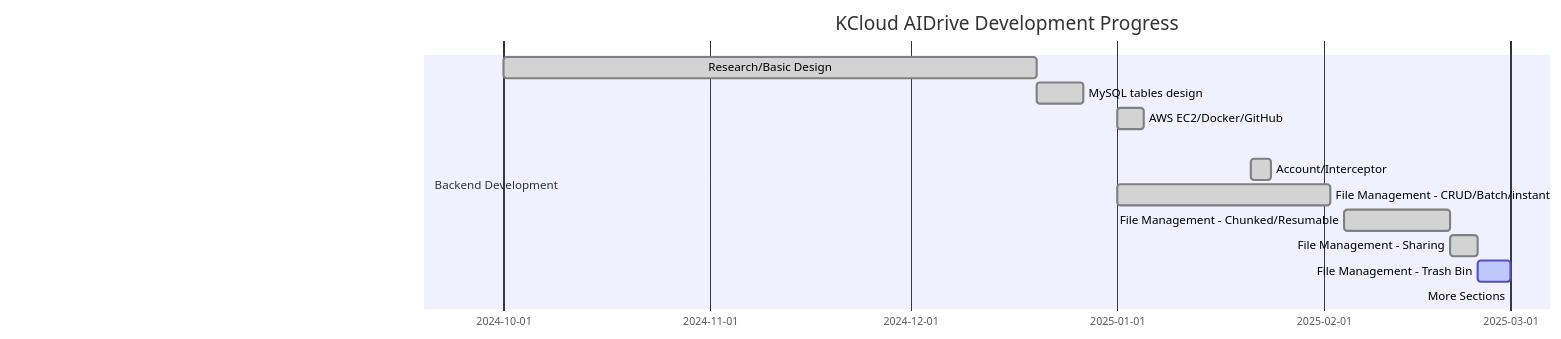
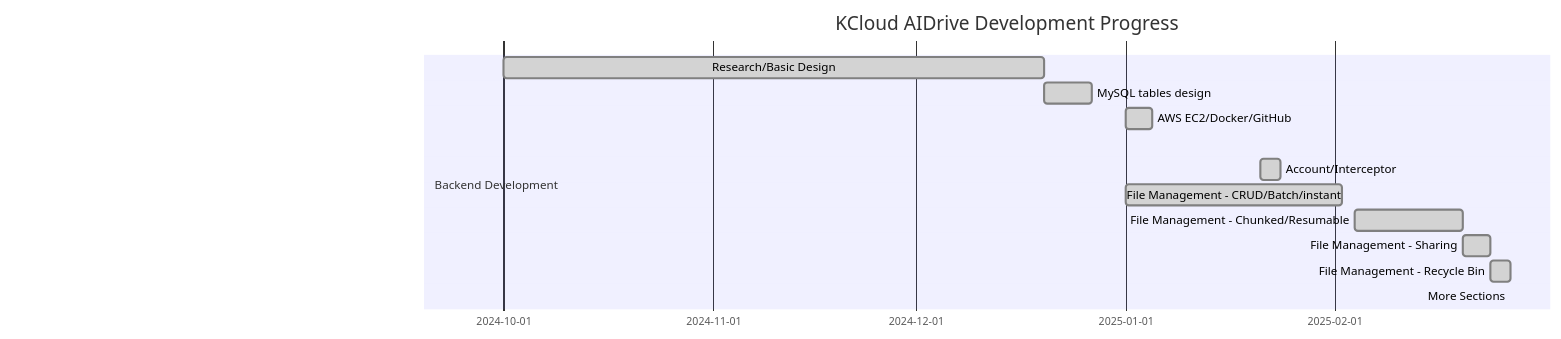
Before and after one commit to kaikang-sde/kcloud_aidrive: the first of 2 diagrams in README.md, drawn with Mermaid. The commit also changed 14 other files, not shown here.

Commit message:
recycle-bin

````diff
--- a/README.md
+++ b/README.md
@@ -27,21 +27,21 @@
 ```mermaid
 gantt
     title KCloud AIDrive Development Progress
     dateFormat  YYYY-MM-DD
     section Backend Development
       Research/Basic Design                 :done, design, 2024-10-01, 2024-12-20
       MySQL tables design                   :done, db, 2024-12-20, 2024-12-27
       AWS EC2/Docker/GitHub                 :done, setup, 2025-01-01, 2025-01-05
       Common Utils/Swagger/MinIO/S3         :done, utils, 2025-01-12, 2024-01-20
       Account/Interceptor                   :done, account, 2025-01-21, 2025-01-24
       File Management - CRUD/Batch/instant  :done, basic, 2025-01-01, 2025-02-02
       File Management - Chunked/Resumable   :done, chunked, 2025-02-04, 2025-02-20
       File Management - Sharing             :done, sharing, 2025-02-20, 2025-02-24
-      File Management - Trash Bin           :active, trash, 2025-02-24, 5d
+      File Management - Recycle Bin         :done, recycle, 2025-02-24, 2025-02-27
       More Sections                         :after trash
     section Frontend Development
         
     section AI Model Development
 
     section Deployment & Optimization
 ```
````
